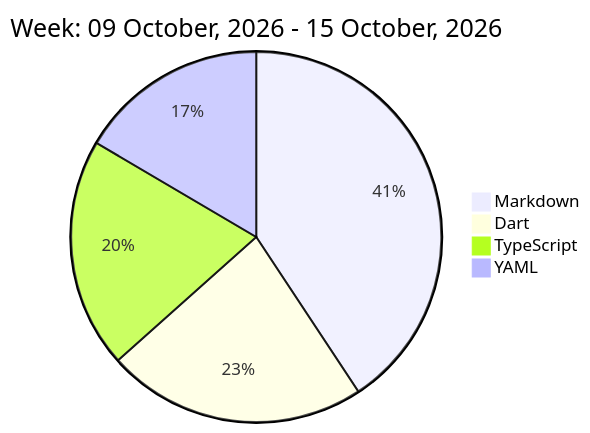
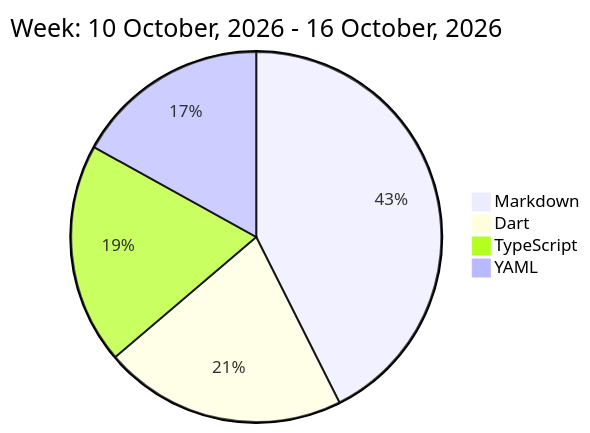
The diagram in README.md (liubin95/liubin95), drawn with Mermaid before and after one commit.

Commit message:
Updated the Graph with new Metrics

````diff
--- a/README.md
+++ b/README.md
@@ -32,8 +32,8 @@
 ```mermaid
  pie
-title Week: 09 October, 2026 - 15 October, 2026
- "Markdown" : 6.33
- "Dart" : 3.53
- "TypeScript" : 3.12
- "YAML" : 2.57
+title Week: 10 October, 2026 - 16 October, 2026
+ "Markdown" : 6.03
+ "Dart" : 3.0
+ "TypeScript" : 2.73
+ "YAML" : 2.4
 ```
````
